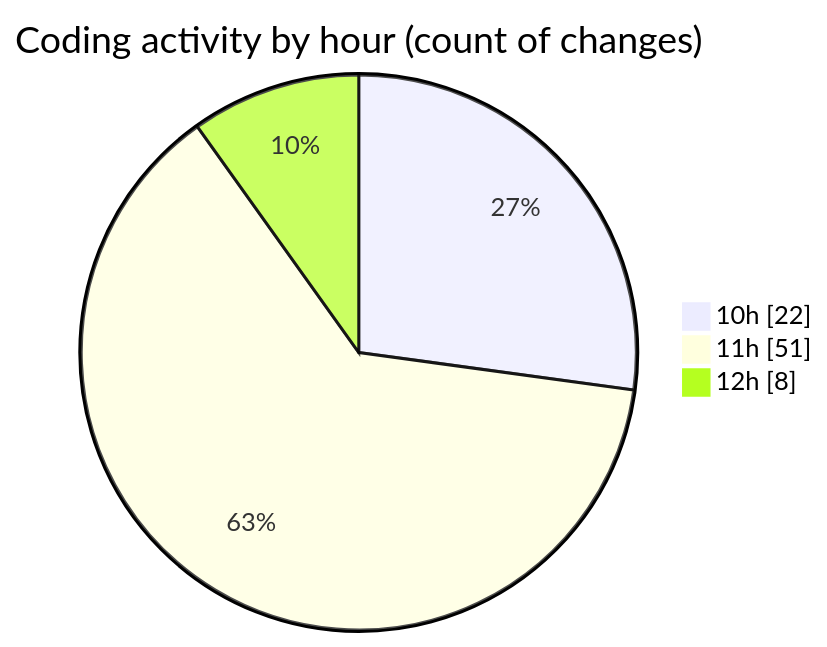
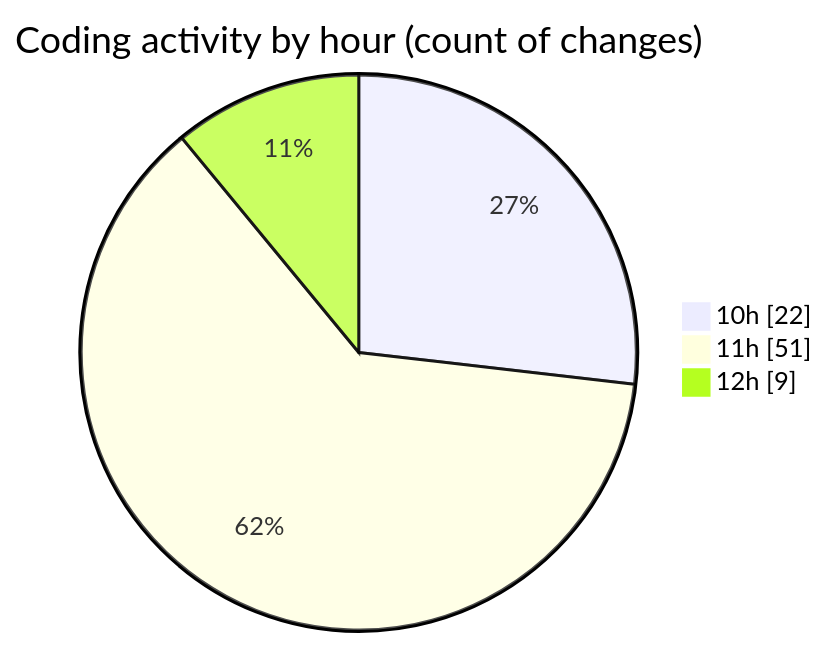
One commit to momahboobian/code-tracking changed the second of 2 diagrams in 2025-04-29/cda/README.md. Above: the diagram before and after it, drawn with Mermaid. The commit also changed other lines of this file and 1 other file, not shown here.

````diff
--- a/2025-04-29/cda/README.md
+++ b/2025-04-29/cda/README.md
@@ -48,7 +49,7 @@
 ```mermaid
 pie showData
 title Coding activity by hour (count of changes)
 "10h" : 22
 "11h" : 51
-"12h" : 8
+"12h" : 9
 ```
````
